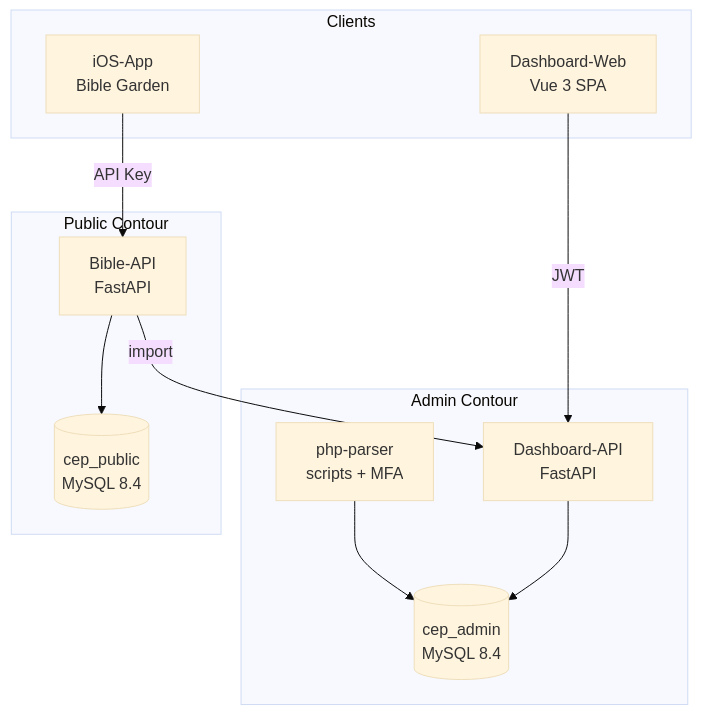
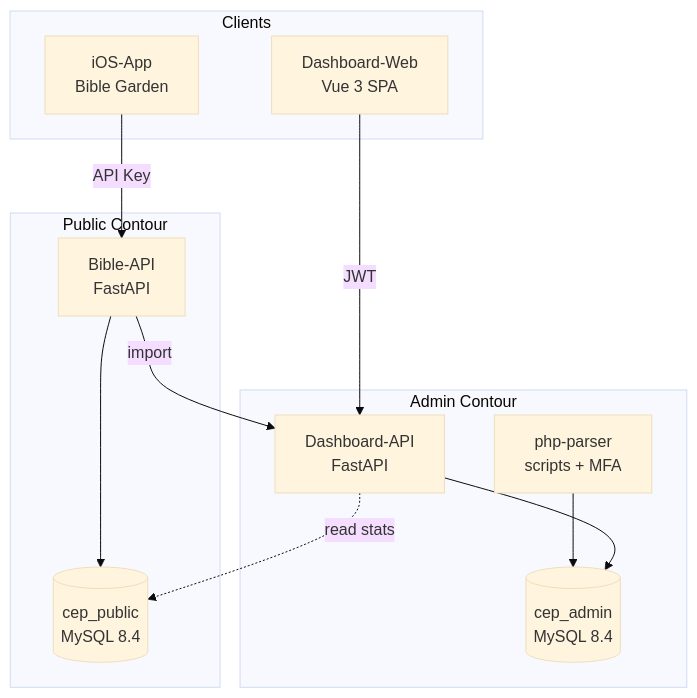
Before and after one commit to Bible-Garden/Architecture: the first of 5 diagrams in architecture.md, drawn with Mermaid (base theme). The commit also changed other lines of this file, not shown here.

First line of the commit message:
Document API request statistics feature

````diff
--- a/architecture.md
+++ b/architecture.md
@@ -9,28 +9,29 @@
 ```mermaid
 graph TB
     subgraph Clients
         DASH[Dashboard-Web<br/>Vue 3 SPA]
         IOS[iOS-App<br/>Bible Garden]
     end
 
     subgraph Admin Contour
         ADM_API[Dashboard-API<br/>FastAPI]
         ADM_DB[(cep_admin<br/>MySQL 8.4)]
         PARSER[php-parser<br/>scripts + MFA]
     end
 
     subgraph Public Contour
         PUB_API[Bible-API<br/>FastAPI]
         PUB_DB[(cep_public<br/>MySQL 8.4)]
     end
 
     PARSER --> ADM_DB
 
     DASH -->|JWT| ADM_API
     ADM_API --> ADM_DB
+    ADM_API -.->|read stats| PUB_DB
 
     IOS -->|API Key| PUB_API
     PUB_API --> PUB_DB
 
     PUB_API -->|import| ADM_API
 ```
````
